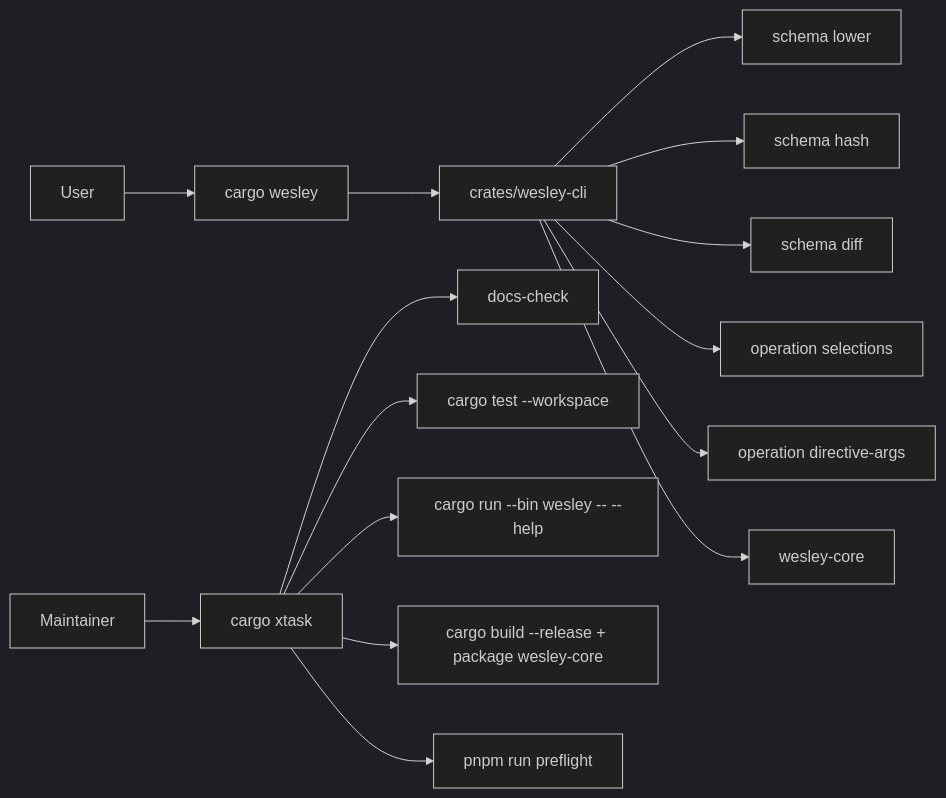
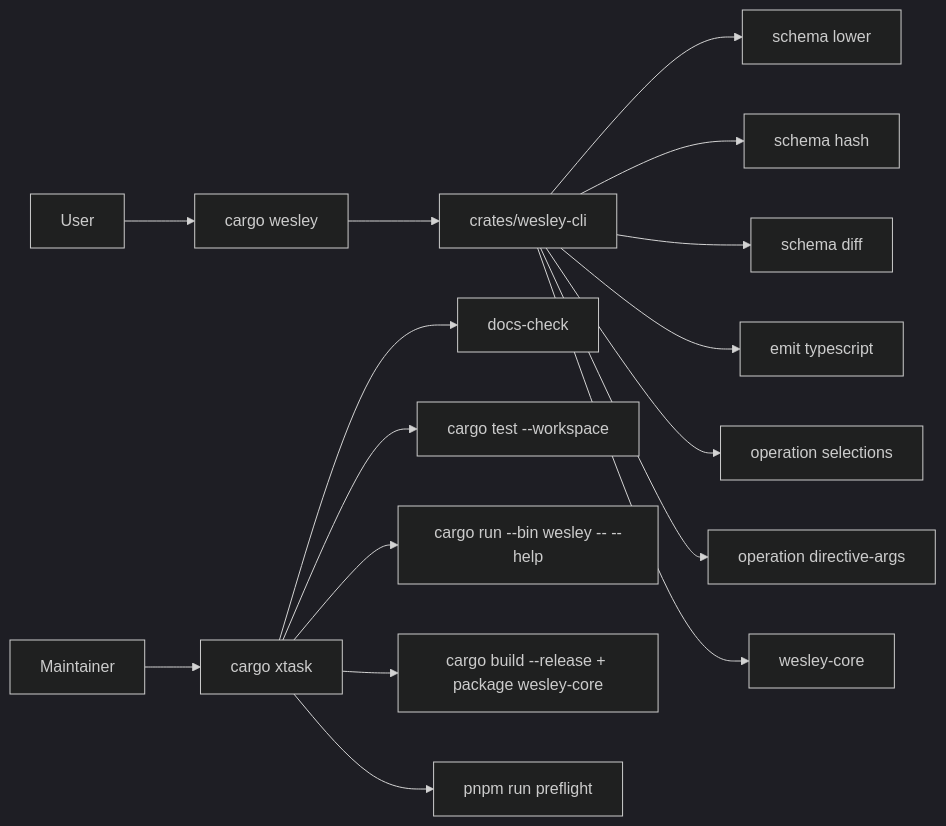
Before and after one commit to flyingrobots/wesley: the fifth of 9 diagrams in docs/ARCHITECTURE.md, drawn with Mermaid (dark theme). The commit also changed other lines of this file and 13 other files, not shown here.

Commit message:
feat(emit): add rust typescript emitter

````diff
--- a/docs/ARCHITECTURE.md
+++ b/docs/ARCHITECTURE.md
@@ -319,18 +357,19 @@
 ```mermaid
 flowchart LR
     User --> CargoWesley[cargo wesley]
     CargoWesley --> WesleyBin[crates/wesley-cli]
     WesleyBin --> SchemaLower[schema lower]
     WesleyBin --> SchemaHash[schema hash]
     WesleyBin --> SchemaDiff[schema diff]
+    WesleyBin --> EmitTypescript[emit typescript]
     WesleyBin --> OpSelections[operation selections]
     WesleyBin --> DirectiveArgs[operation directive-args]
     WesleyBin --> CoreFacts[wesley-core]
 
     Maintainer --> CargoXtask[cargo xtask]
     CargoXtask --> DocsCheck[docs-check]
     CargoXtask --> Tests[cargo test --workspace]
     CargoXtask --> NativeHelp[cargo run --bin wesley -- --help]
     CargoXtask --> Release[cargo build --release + package wesley-core]
     CargoXtask --> Legacy[pnpm run preflight]
 ```
````
